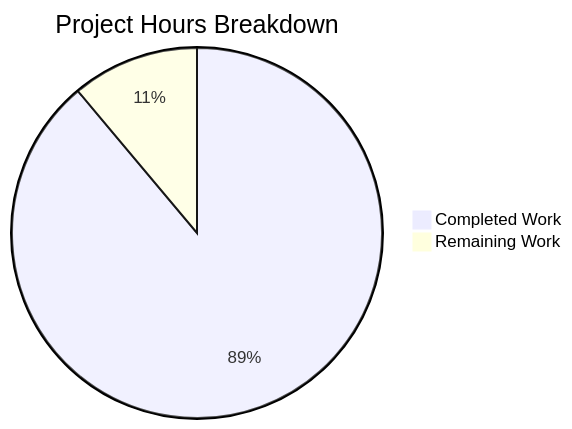
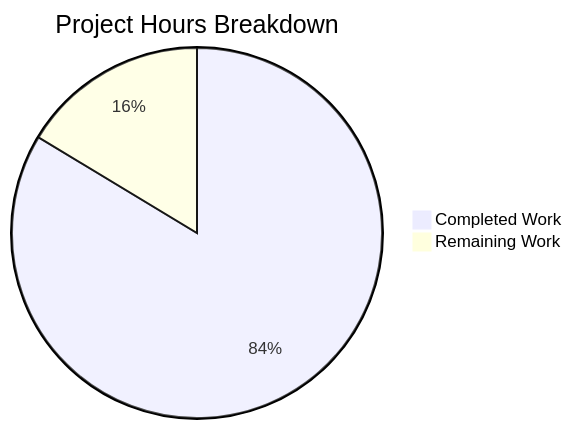
Before and after one commit to Blitzy-Sandbox/blitzy-RudderStack: the second of 2 diagrams in blitzy/documentation/Project Guide.md, drawn with Mermaid. The commit also changed other lines of this file, not shown here.

Commit message:
Adding Blitzy Project Guide: Project Status and Human Tasks Remaining

````diff
--- a/blitzy/documentation/Project Guide.md
+++ b/blitzy/documentation/Project Guide.md
@@ -238,5 +234,5 @@
 ```mermaid
 pie title Project Hours Breakdown
-    "Completed Work" : 280
-    "Remaining Work" : 35
+    "Completed Work" : 184
+    "Remaining Work" : 36
 ```
````
